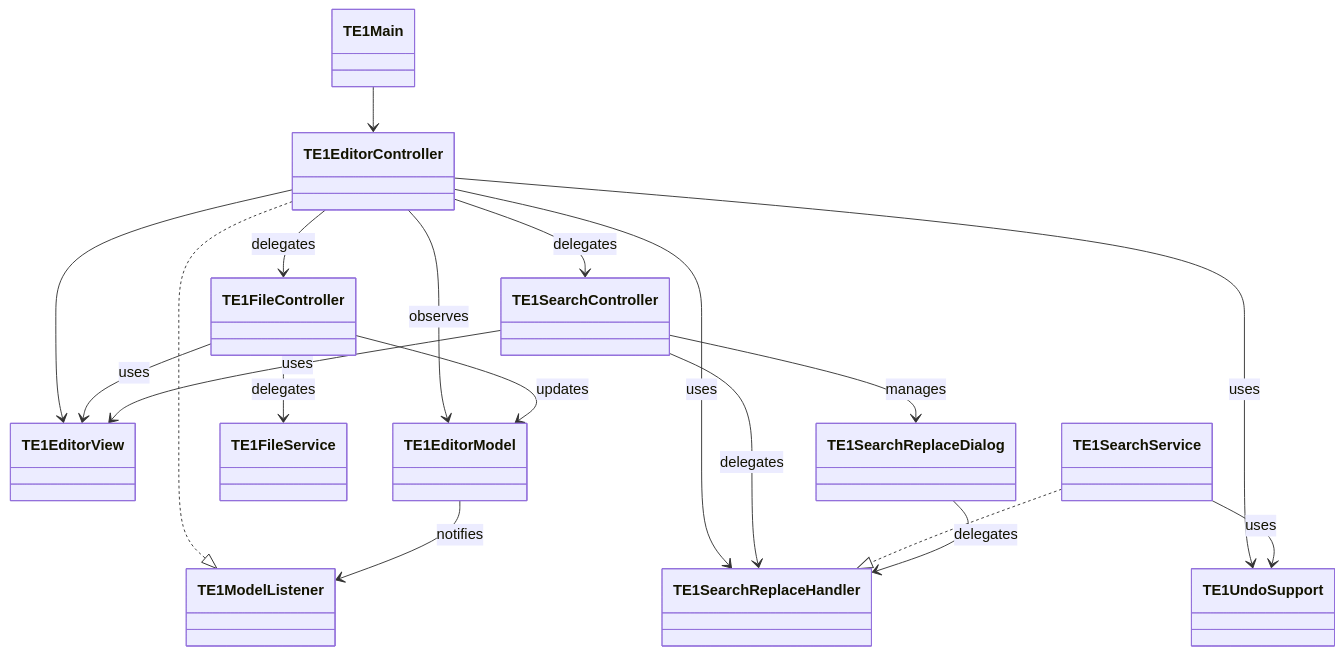
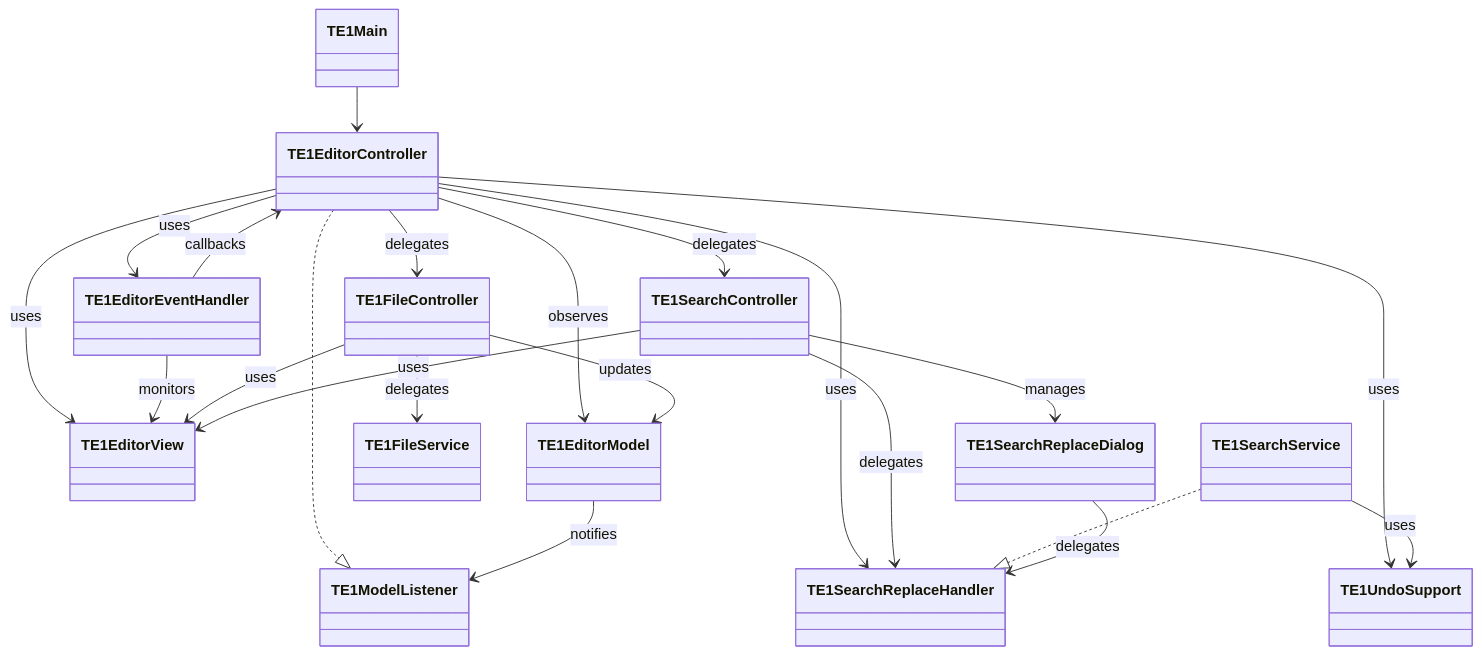
Before and after one commit to mkunori/TextEditor1Go: the diagram in README.md, drawn with Mermaid. The commit also changed 3 other files, not shown here.

````diff
--- a/README.md
+++ b/README.md
@@ -127,39 +127,44 @@
 ```mermaid
 classDiagram
     class TE1Main
     class TE1EditorController
+    class TE1EditorEventHandler
     class TE1FileController
     class TE1SearchController
     class TE1EditorView
     class TE1EditorModel
     class TE1ModelListener
     class TE1FileService
     class TE1SearchReplaceHandler
     class TE1SearchService
     class TE1SearchReplaceDialog
     class TE1UndoSupport
 
     TE1Main --> TE1EditorController
 
-    TE1EditorController --> TE1EditorView
+    TE1EditorController --> TE1EditorView : uses
     TE1EditorController --> TE1EditorModel : observes
+    TE1EditorController --> TE1EditorEventHandler : uses
     TE1EditorController --> TE1FileController : delegates
     TE1EditorController --> TE1SearchController : delegates
     TE1EditorController --> TE1UndoSupport : uses
     TE1EditorController --> TE1SearchReplaceHandler : uses
+
+    TE1EditorEventHandler --> TE1EditorView : monitors
+    TE1EditorEventHandler --> TE1EditorController : callbacks
 
     TE1FileController --> TE1EditorView : uses
     TE1FileController --> TE1EditorModel : updates
     TE1FileController --> TE1FileService : delegates
 
     TE1SearchController --> TE1EditorView : uses
     TE1SearchController --> TE1SearchReplaceHandler : delegates
     TE1SearchController --> TE1SearchReplaceDialog : manages
 
     TE1EditorController ..|> TE1ModelListener
     TE1EditorModel --> TE1ModelListener : notifies
 
     TE1SearchService ..|> TE1SearchReplaceHandler
     TE1SearchService --> TE1UndoSupport : uses
     TE1SearchReplaceDialog --> TE1SearchReplaceHandler : delegates
 ```
````
